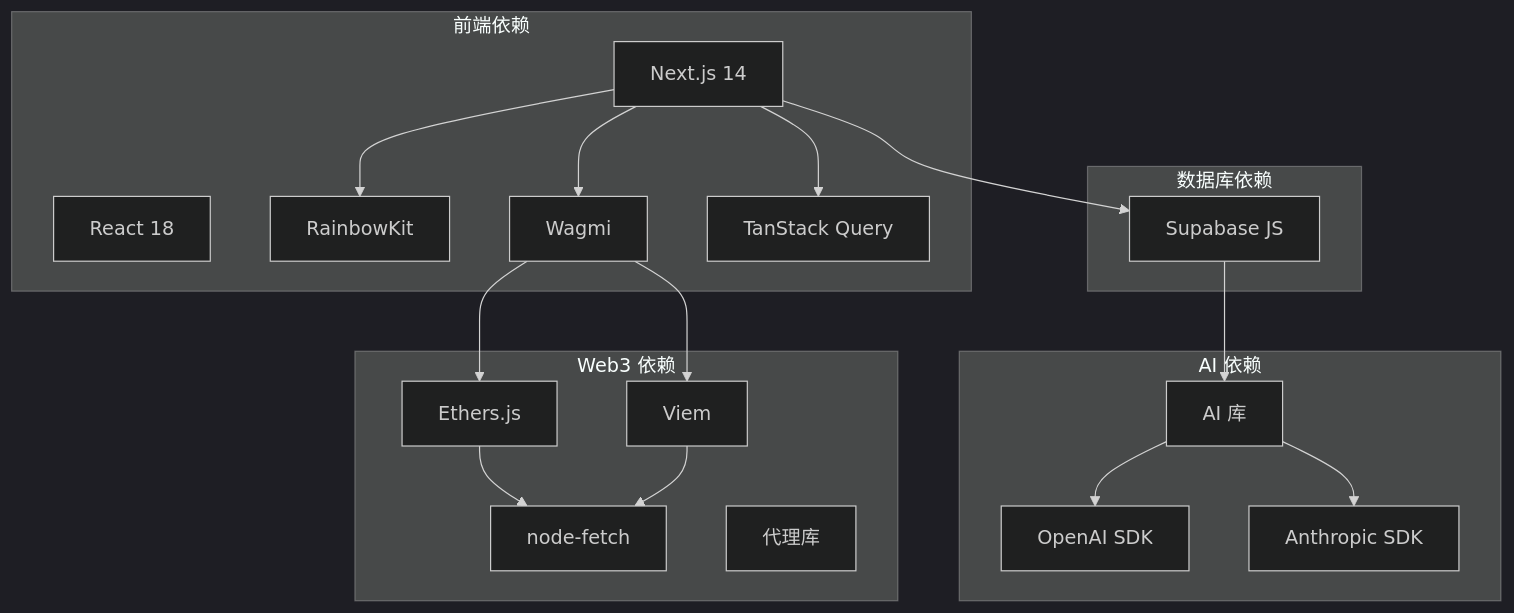
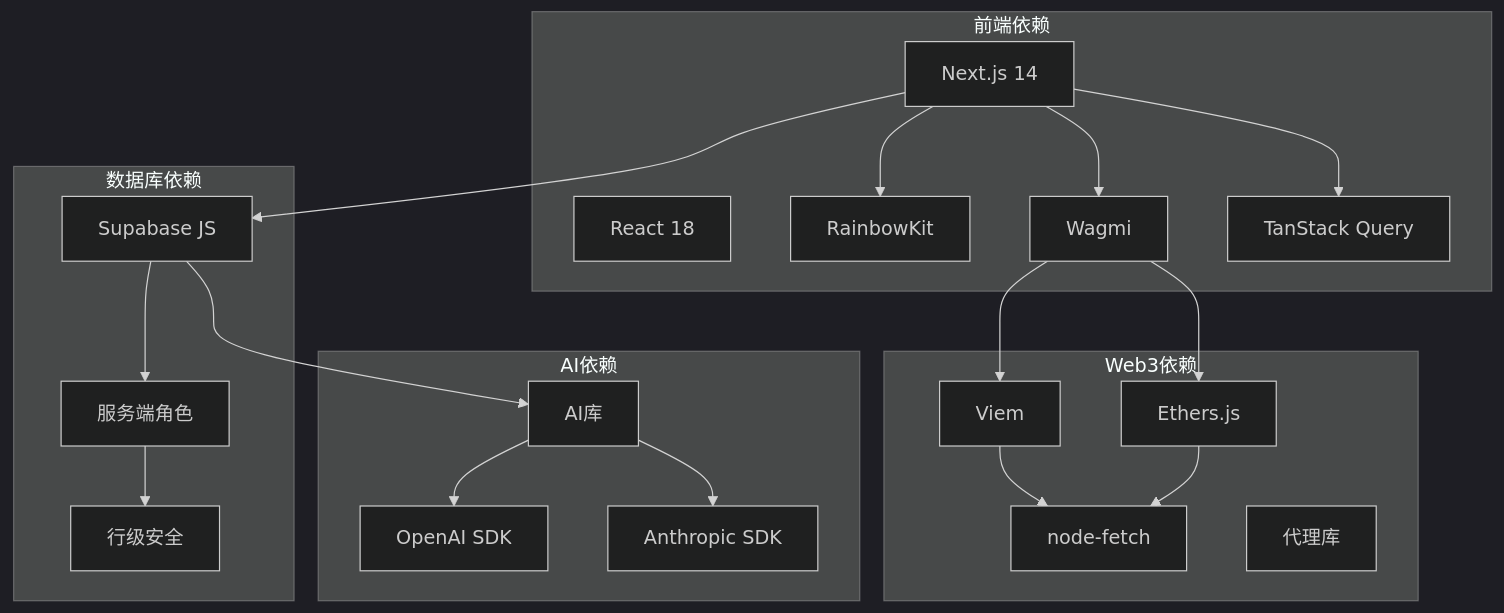
Before and after one commit to CryptoLinxu/Web3-AI-Agent: the tenth of 12 diagrams in .qoder/repowiki/zh/content/风险控制与安全/安全增强系统.md, drawn with Mermaid (dark theme). The commit also changed other lines of this file and 11 other files, not shown here.

First line of the commit message:
fix(supabase): 修复 RLS 迁移文件幂等性问题

````diff
--- a/.qoder/repowiki/zh/content/风险控制与安全/安全增强系统.md
+++ b/.qoder/repowiki/zh/content/风险控制与安全/安全增强系统.md
@@ -335,35 +463,39 @@
 ```mermaid
 graph TB
 subgraph "前端依赖"
 NextJS[Next.js 14]
 React[React 18]
 RainbowKit[RainbowKit]
 Wagmi[Wagmi]
 TanStack[TanStack Query]
 end
-subgraph "AI 依赖"
+subgraph "AI依赖"
 OpenAI[OpenAI SDK]
 Anthropic[Anthropic SDK]
-AI[AI 库]
+AI[AI库]
 end
-subgraph "Web3 依赖"
+subgraph "Web3依赖"
 Ethers[Ethers.js]
 Viem[Viem]
 Fetch[node-fetch]
 Proxy[代理库]
 end
 subgraph "数据库依赖"
 Supabase[Supabase JS]
+ServiceRole[服务端角色]
+RLS[行级安全]
 end
 NextJS --> RainbowKit
 NextJS --> Wagmi
 NextJS --> TanStack
 NextJS --> Supabase
 AI --> OpenAI
 AI --> Anthropic
 Wagmi --> Ethers
 Wagmi --> Viem
 Ethers --> Fetch
 Viem --> Fetch
 Supabase --> AI
+Supabase --> ServiceRole
+ServiceRole --> RLS
 ```
````
